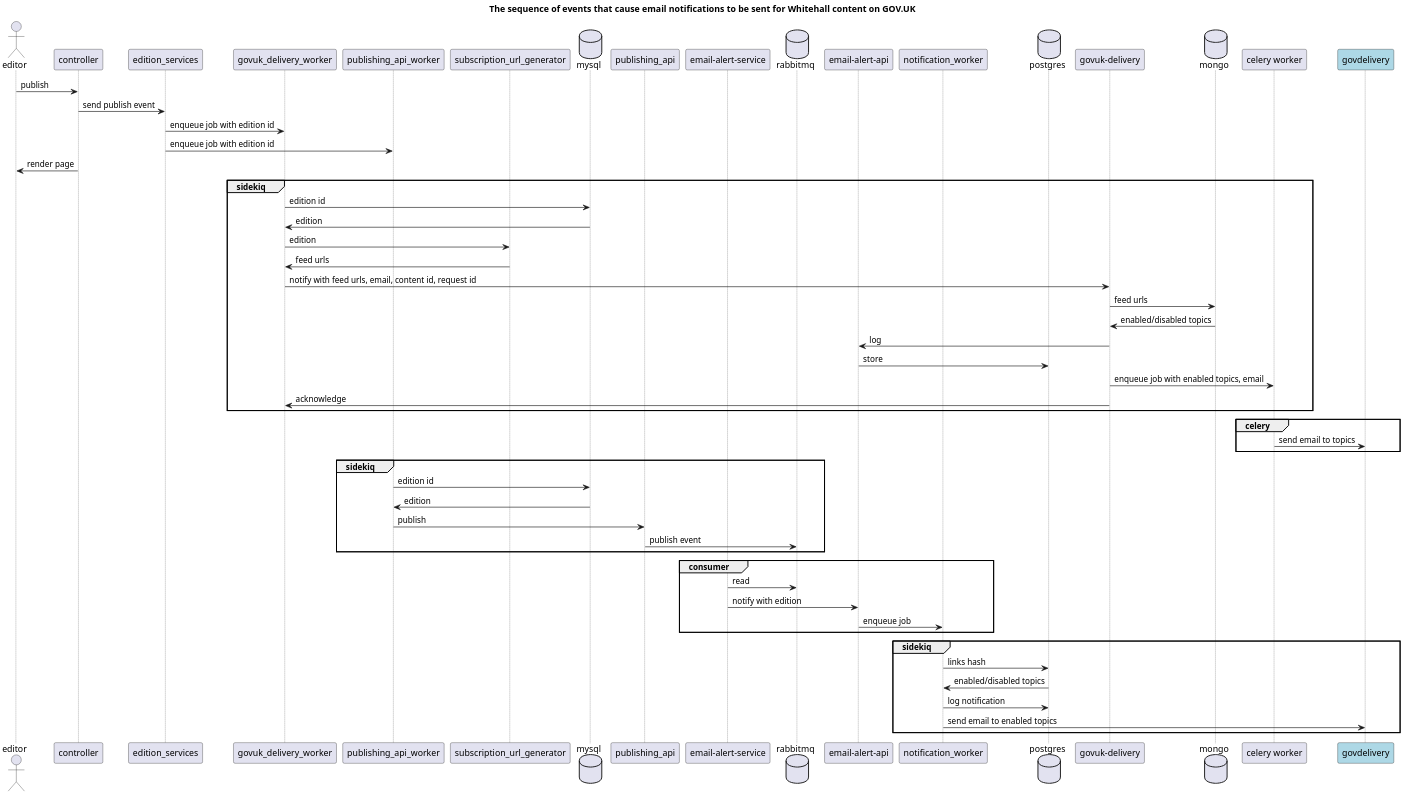
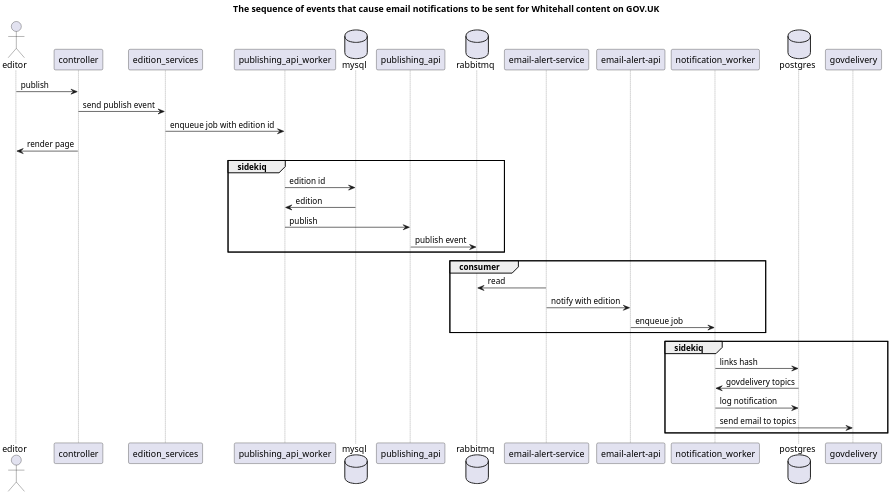
Before and after one commit to alphagov/whitehall: the diagram in docs/sequence_diagrams/notification-sequence.puml, drawn with PlantUML. The commit also changed 3 other files, not shown here.

First line of the commit message:
Update sequence diagrams for email subscribe/notify journeys

```diff
--- a/docs/sequence_diagrams/notification-sequence.puml
+++ b/docs/sequence_diagrams/notification-sequence.puml
@@ -1,61 +1,39 @@
 @startuml
 
 skinparam dpi 300
 title The sequence of events that cause email notifications to be sent for Whitehall content on GOV.UK
 
 actor editor
 editor -> controller : publish
 controller -> edition_services : send publish event
-edition_services -> govuk_delivery_worker : enqueue job with edition id
 edition_services -> publishing_api_worker : enqueue job with edition id
-participant subscription_url_generator
 database mysql
 participant publishing_api
+database rabbitmq
 participant "email-alert-service" as emailalertservice
-database rabbitmq
 participant "email-alert-api" as emailalertapi
 participant notification_worker
 database postgres
 controller -> editor : render page
-
-group sidekiq
-  govuk_delivery_worker -> mysql : edition id
-  mysql -> govuk_delivery_worker : edition
-  govuk_delivery_worker -> subscription_url_generator : edition
-  subscription_url_generator -> govuk_delivery_worker : feed urls
-  govuk_delivery_worker -> "govuk-delivery" as govukdelivery : notify with feed urls, email, content id, request id
-  database mongo
-  govukdelivery -> mongo : feed urls
-  mongo -> govukdelivery : enabled/disabled topics
-  govukdelivery -> "email-alert-api" as emailalertapi : log
-  emailalertapi -> postgres : store
-  govukdelivery -> "celery worker" as worker : enqueue job with enabled topics, email
-  govukdelivery -> govuk_delivery_worker : acknowledge
-end group
-
-group celery
-	participant govdelivery #LightBlue
-  worker -> govdelivery : send email to topics
-end group
 
 group sidekiq
   publishing_api_worker -> mysql : edition id
   mysql -> publishing_api_worker : edition
   publishing_api_worker -> "publishing-api" as publishing_api : publish
   publishing_api -> rabbitmq : publish event
 end group
 
 group consumer
   emailalertservice -> rabbitmq : read
   emailalertservice -> emailalertapi : notify with edition
   emailalertapi -> notification_worker : enqueue job
 end group
 
 group sidekiq
   notification_worker -> postgres : links hash
-  postgres -> notification_worker : enabled/disabled topics
+  postgres -> notification_worker : govdelivery topics
   notification_worker -> postgres : log notification
-  notification_worker -> govdelivery : send email to enabled topics
+  notification_worker -> govdelivery : send email to topics
 end group
 
 @enduml
```
